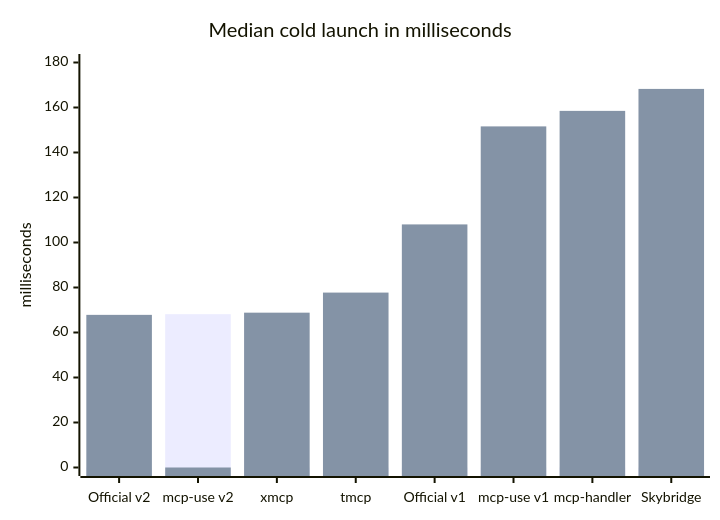
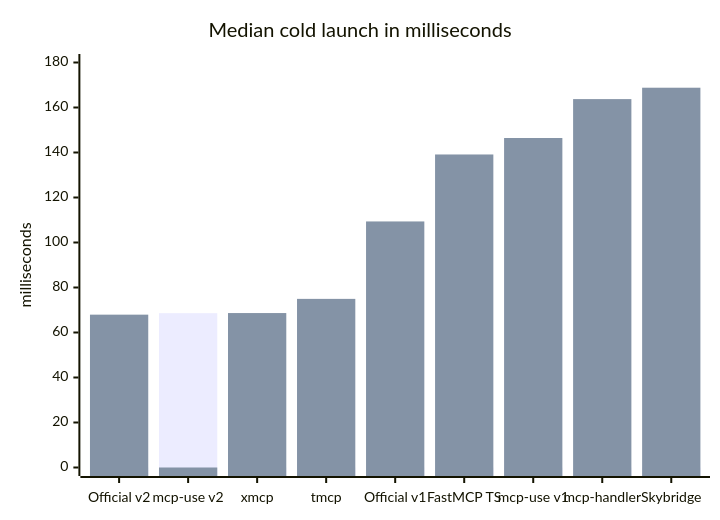
The second of 4 diagrams in benchmark.md (mcp-use/mcp-use), drawn with Mermaid before and after one commit. The commit also changed other lines of this file and 1 other file, not shown here.

Commit message:
docs: unify FastMCP benchmark matrix

````diff
--- a/benchmark.md
+++ b/benchmark.md
@@ -117,8 +61,8 @@
 ```mermaid
 xychart
   title "Median cold launch in milliseconds"
-  x-axis ["Official v2", "mcp-use v2", "xmcp", "tmcp", "Official v1", "mcp-use v1", "mcp-handler", "Skybridge"]
+  x-axis ["Official v2", "mcp-use v2", "xmcp", "tmcp", "Official v1", "FastMCP TS", "mcp-use v1", "mcp-handler", "Skybridge"]
   y-axis "milliseconds" 0 --> 180
-  bar [0, 68.145, 0, 0, 0, 0, 0, 0]
-  bar [67.839, 0, 68.814, 77.740, 108.039, 151.603, 158.498, 168.260]
+  bar [0, 68.592, 0, 0, 0, 0, 0, 0, 0]
+  bar [67.931, 0, 68.641, 74.945, 109.358, 139.123, 146.440, 163.733, 168.794]
 ```
````
